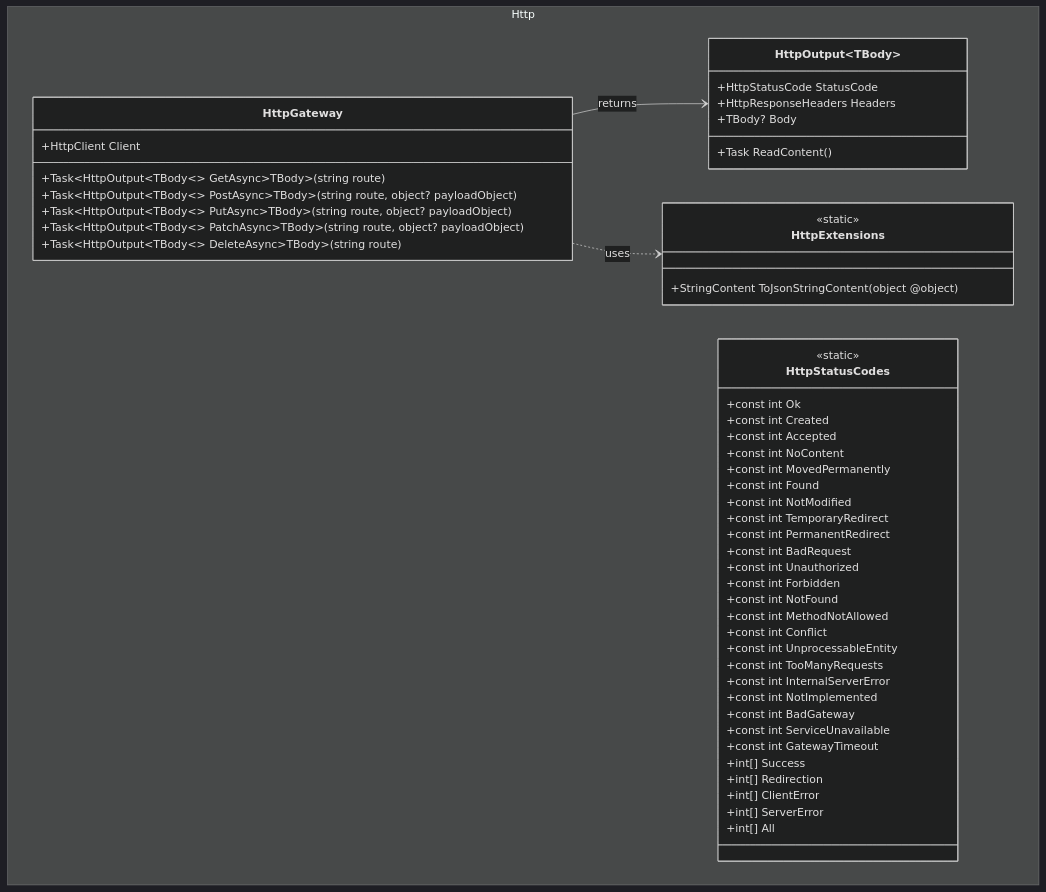
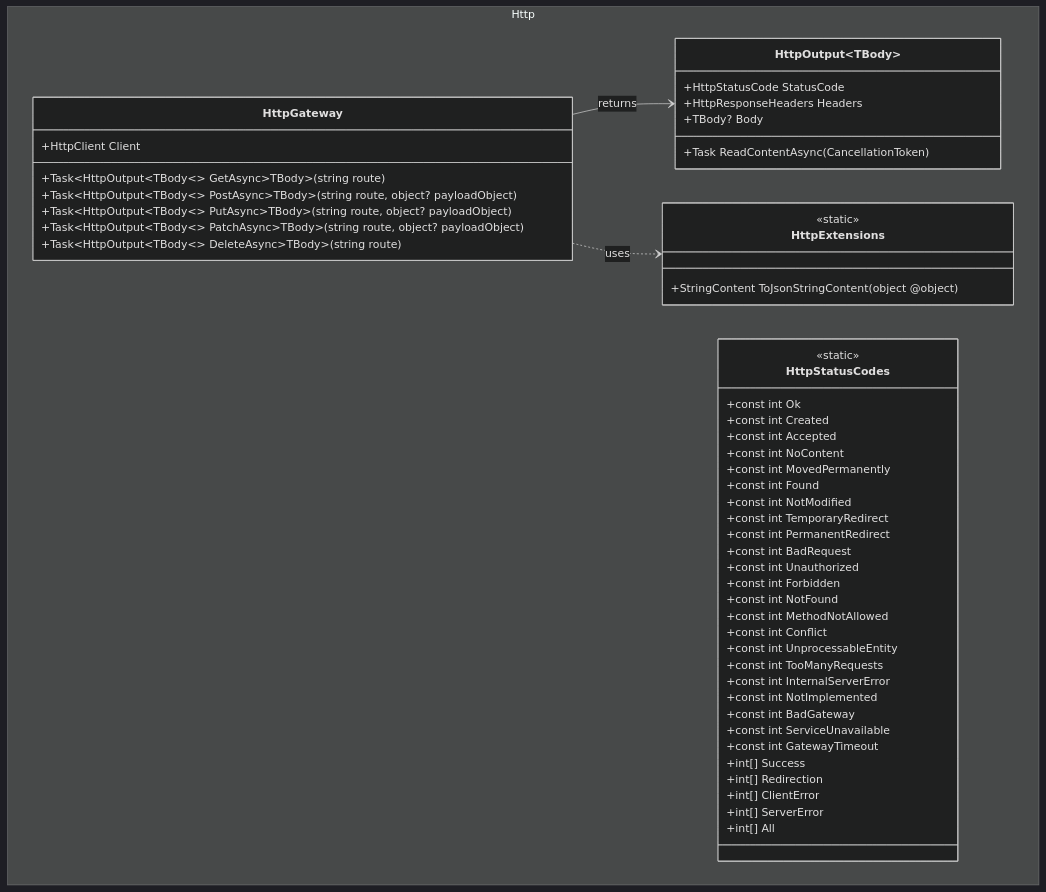
The diagram in docs/content/en/docs/http.md (artur-rios/dotnet-util), drawn with Mermaid (dark theme) before and after one commit. The commit also changed other lines of this file and 46 other files, not shown here.

````diff
--- a/docs/content/en/docs/http.md
+++ b/docs/content/en/docs/http.md
@@ -17,55 +17,55 @@
 ```mermaid
 classDiagram
     namespace Http {
         class HttpGateway {
             +HttpClient Client
             +Task~HttpOutput~TBody~~ GetAsync~TBody~(string route)
             +Task~HttpOutput~TBody~~ PostAsync~TBody~(string route, object? payloadObject)
             +Task~HttpOutput~TBody~~ PutAsync~TBody~(string route, object? payloadObject)
             +Task~HttpOutput~TBody~~ PatchAsync~TBody~(string route, object? payloadObject)
             +Task~HttpOutput~TBody~~ DeleteAsync~TBody~(string route)
         }
         class HttpOutput~TBody~ {
             +HttpStatusCode StatusCode
             +HttpResponseHeaders Headers
             +TBody? Body
-            +Task ReadContent()
+            +Task ReadContentAsync(CancellationToken)
         }
         class HttpExtensions {
             <<static>>
             +StringContent ToJsonStringContent(object @object)
         }
         class HttpStatusCodes {
             <<static>>
             +const int Ok
             +const int Created
             +const int Accepted
             +const int NoContent
             +const int MovedPermanently
             +const int Found
             +const int NotModified
             +const int TemporaryRedirect
             +const int PermanentRedirect
             +const int BadRequest
             +const int Unauthorized
             +const int Forbidden
             +const int NotFound
             +const int MethodNotAllowed
             +const int Conflict
             +const int UnprocessableEntity
             +const int TooManyRequests
             +const int InternalServerError
             +const int NotImplemented
             +const int BadGateway
             +const int ServiceUnavailable
             +const int GatewayTimeout
             +int[] Success
             +int[] Redirection
             +int[] ClientError
             +int[] ServerError
             +int[] All
         }
     }
     HttpGateway --> HttpOutput : returns
     HttpGateway ..> HttpExtensions : uses
 ```
````
